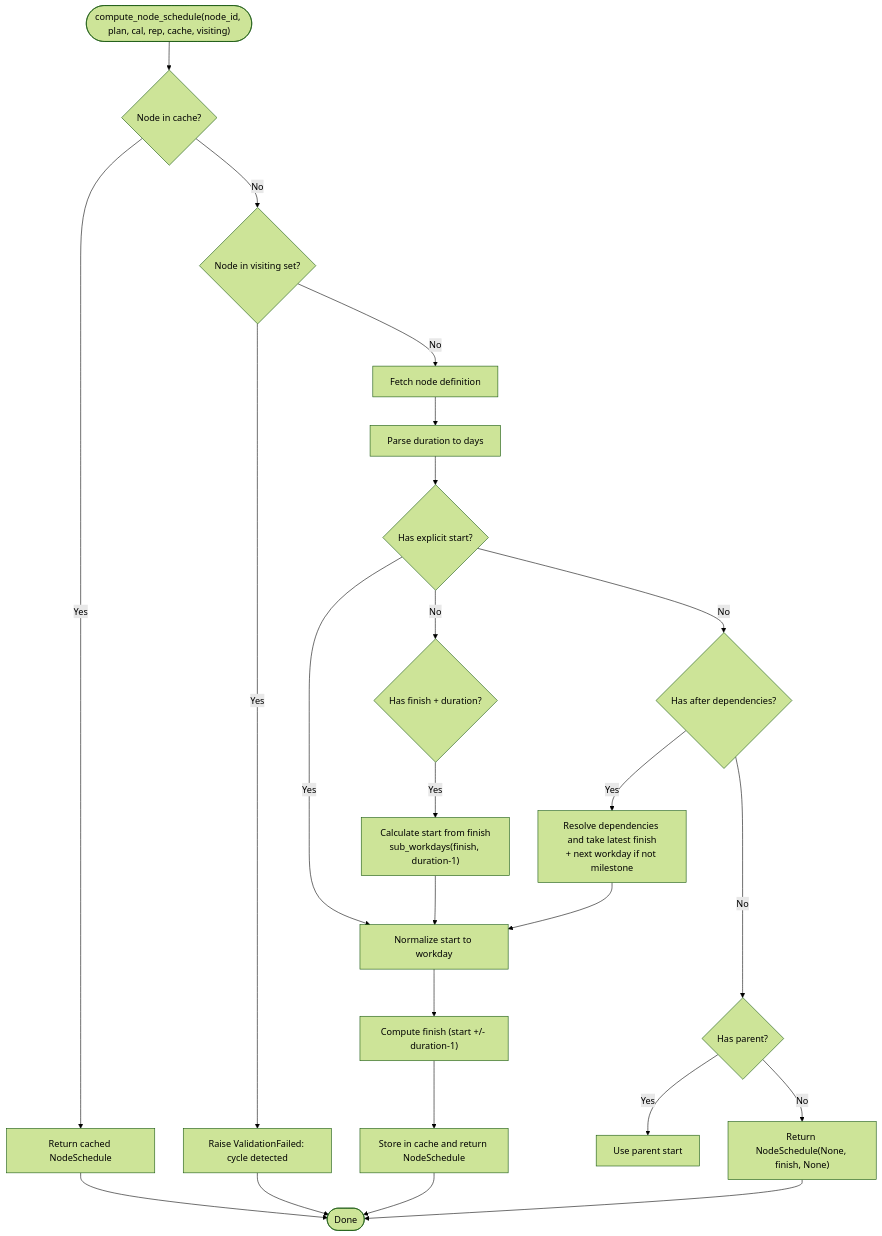
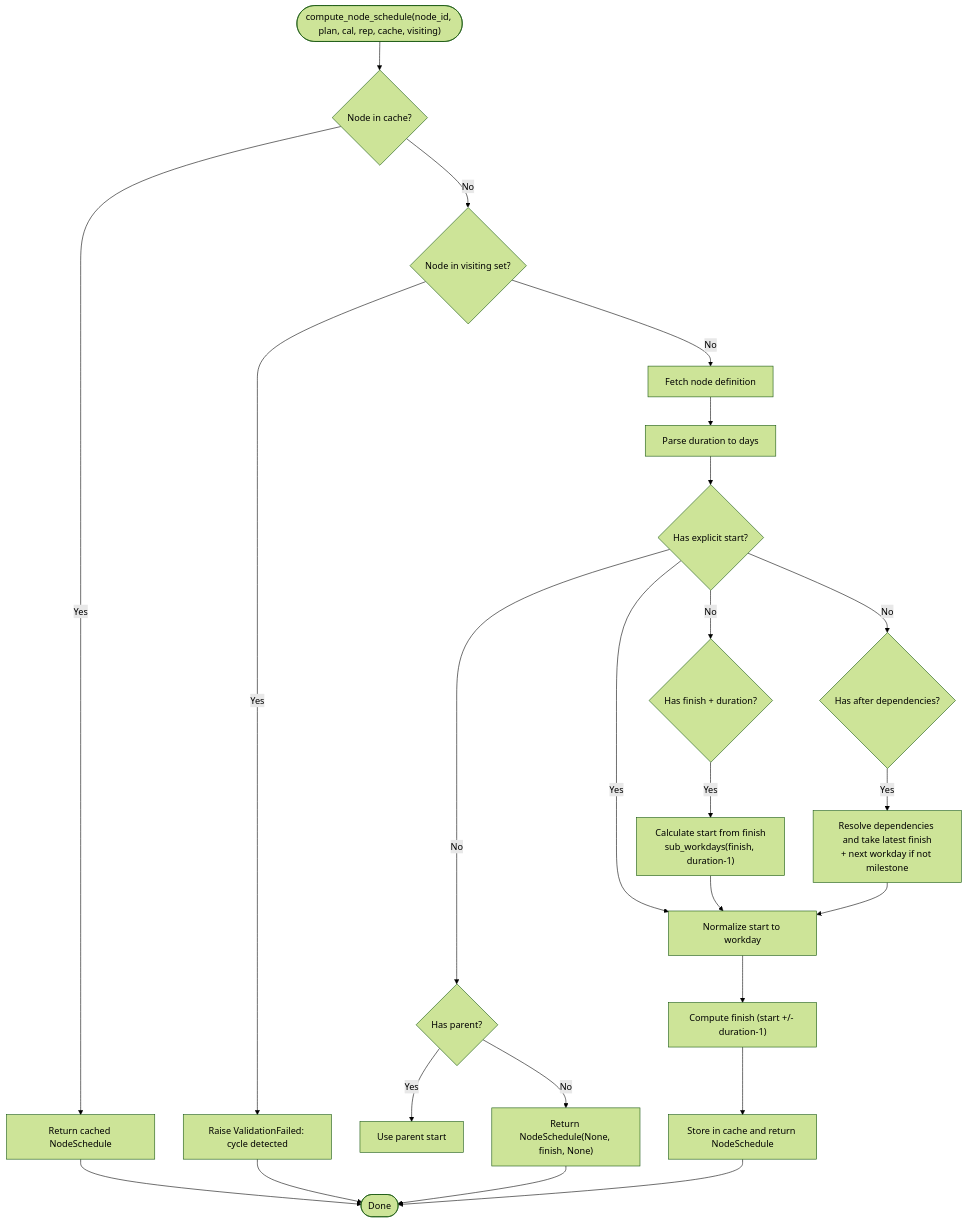
One commit to asukhodko/opskarta changed the third of 7 diagrams in .qoder/repowiki/en/content/Tooling and Utilities/Python API Reference.md. Above: the diagram before and after it, drawn with Mermaid (forest theme). The commit also changed other lines of this file and 7 other files, not shown here.

````diff
--- a/.qoder/repowiki/en/content/Tooling and Utilities/Python API Reference.md
+++ b/.qoder/repowiki/en/content/Tooling and Utilities/Python API Reference.md
@@ -229,26 +243,26 @@
 ```mermaid
 flowchart TD
 Start(["compute_node_schedule(node_id, plan, cal, rep, cache, visiting)"]) --> CheckCache{"Node in cache?"}
 CheckCache --> |Yes| ReturnCached["Return cached NodeSchedule"]
 CheckCache --> |No| CheckVisiting{"Node in visiting set?"}
 CheckVisiting --> |Yes| RaiseCycle["Raise ValidationFailed: cycle detected"]
 CheckVisiting --> |No| FetchNode["Fetch node definition"]
 FetchNode --> ParseDuration["Parse duration to days"]
 ParseDuration --> DetermineStart{"Has explicit start?"}
 DetermineStart --> |Yes| NormalizeStart["Normalize start to workday"]
 DetermineStart --> |No| CheckFinish{"Has finish + duration?"}
 CheckFinish --> |Yes| CalcFromFinish["Calculate start from finish<br/>sub_workdays(finish, duration-1)"]
 CalcFromFinish --> NormalizeStart
 DetermineStart --> |No| CheckAfter{"Has after dependencies?"}
 CheckAfter --> |Yes| ResolveDeps["Resolve dependencies and take latest finish<br/>+ next workday if not milestone"]
 ResolveDeps --> NormalizeStart
-CheckAfter --> |No| CheckParent{"Has parent?"}
+DetermineStart --> |No| CheckParent{"Has parent?"}
 CheckParent --> |Yes| ParentStart["Use parent start"]
 CheckParent --> |No| MarkUnscheduled["Return NodeSchedule(None, finish, None)"]
 NormalizeStart --> ComputeFinish["Compute finish (start +/- duration-1)"]
 ComputeFinish --> Cache["Store in cache and return NodeSchedule"]
 ReturnCached --> End(["Done"])
 RaiseCycle --> End
 MarkUnscheduled --> End
 Cache --> End
 ```
````
